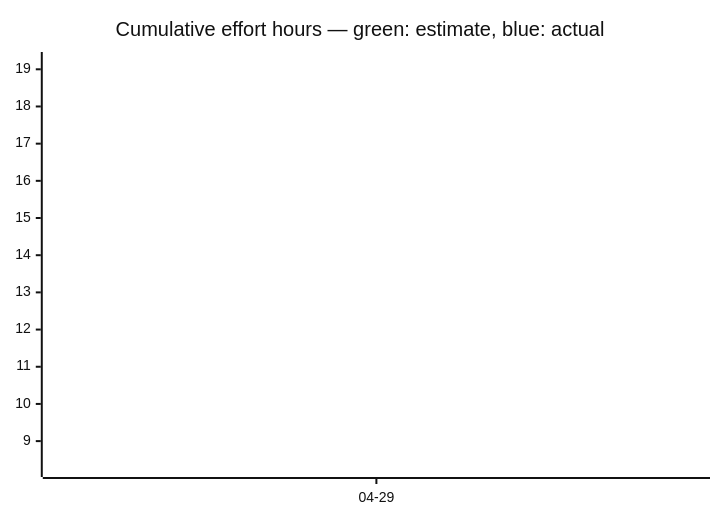
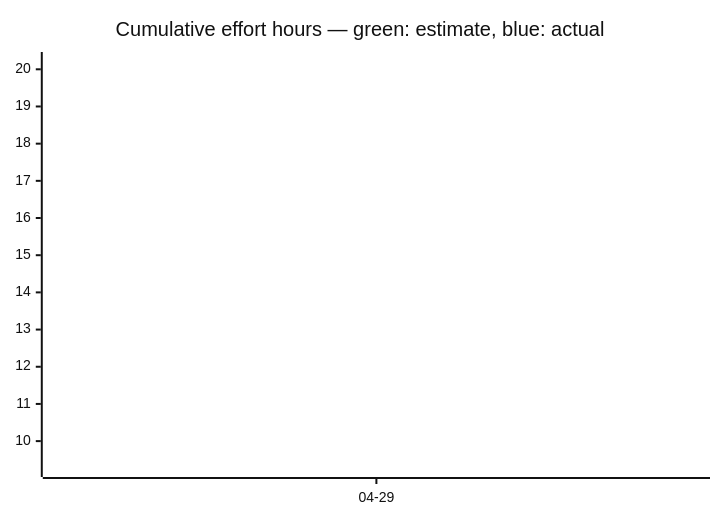
Before and after one commit to tgd1975/AwesomeStudioPedal: the third of 3 diagrams in docs/developers/tasks/OVERVIEW.md, drawn with Mermaid (neutral theme). The commit also changed other lines of this file and 9 other files, not shown here.

````diff
--- a/docs/developers/tasks/OVERVIEW.md
+++ b/docs/developers/tasks/OVERVIEW.md
@@ -38,7 +38,7 @@
 ```mermaid
 xychart-beta
     title "Cumulative effort hours — green: estimate, blue: actual"
     x-axis ["04-29"]
-    line [19.25]
-    line [8.25]
+    line [20.25]
+    line [9.25]
 ```
````
